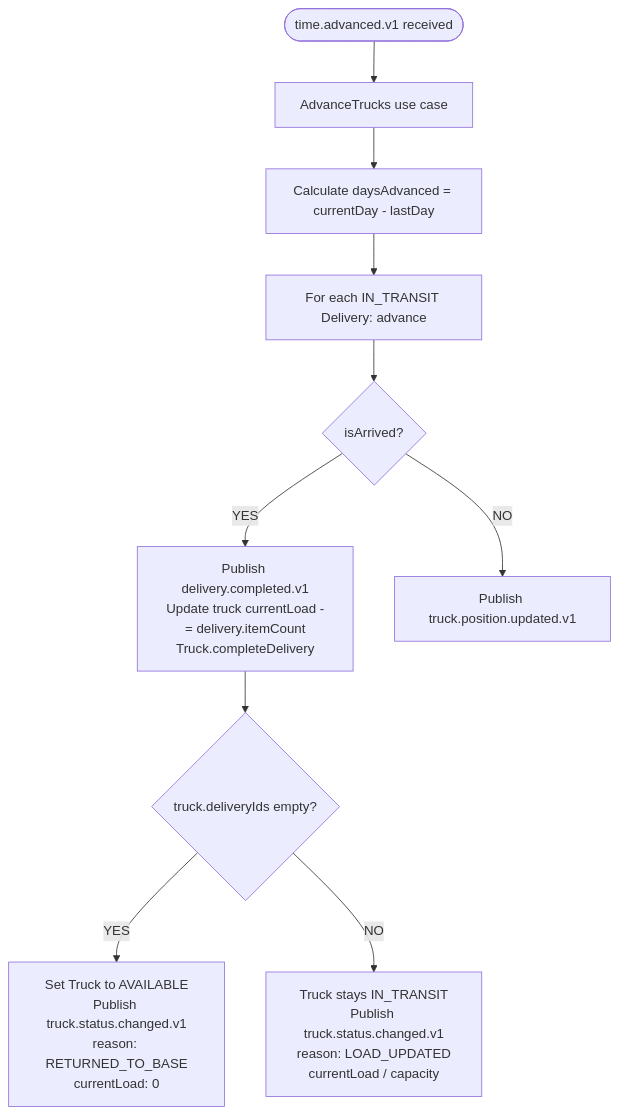
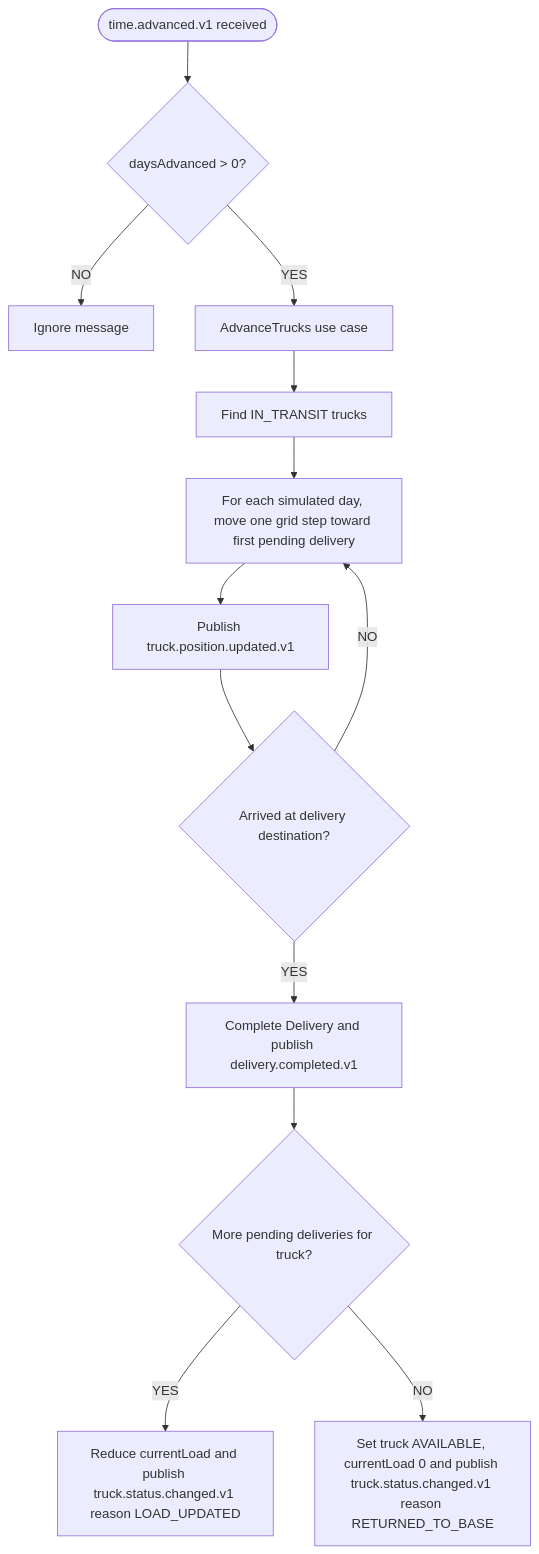
One commit to PauLopNun/workshop-suministros changed the fifth of 7 diagrams in transport/ddd.md. Above: the diagram before and after it, drawn with Mermaid. The commit also changed other lines of this file and 5 other files, not shown here.

````diff
--- a/transport/ddd.md
+++ b/transport/ddd.md
@@ -126,13 +141,16 @@
 ```mermaid
 flowchart TD
     UC2([time.advanced.v1 received])
-    UC2 --> B1[AdvanceTrucks use case]
-    B1 --> B2[Calculate daysAdvanced = currentDay - lastDay]
-    B2 --> B3[For each IN_TRANSIT Delivery: advance]
-    B3 --> B4{isArrived?}
-    B4 -->|YES| B5[Publish delivery.completed.v1\nUpdate truck currentLoad -= delivery.itemCount\nTruck.completeDelivery]
-    B5 --> B6{truck.deliveryIds empty?}
-    B6 -->|YES| B7[Set Truck to AVAILABLE\nPublish truck.status.changed.v1\nreason: RETURNED_TO_BASE\ncurrentLoad: 0]
-    B6 -->|NO| B8[Truck stays IN_TRANSIT\nPublish truck.status.changed.v1\nreason: LOAD_UPDATED\ncurrentLoad / capacity]
-    B4 -->|NO| B9[Publish truck.position.updated.v1]
+    UC2 --> B1{daysAdvanced > 0?}
+    B1 -->|NO| B0[Ignore message]
+    B1 -->|YES| B2[AdvanceTrucks use case]
+    B2 --> B3[Find IN_TRANSIT trucks]
+    B3 --> B4[For each simulated day, move one grid step toward first pending delivery]
+    B4 --> B5[Publish truck.position.updated.v1]
+    B5 --> B6{Arrived at delivery destination?}
+    B6 -->|NO| B4
+    B6 -->|YES| B7[Complete Delivery and publish delivery.completed.v1]
+    B7 --> B8{More pending deliveries for truck?}
+    B8 -->|YES| B9[Reduce currentLoad and publish truck.status.changed.v1 reason LOAD_UPDATED]
+    B8 -->|NO| B10[Set truck AVAILABLE, currentLoad 0 and publish truck.status.changed.v1 reason RETURNED_TO_BASE]
 ```
````
